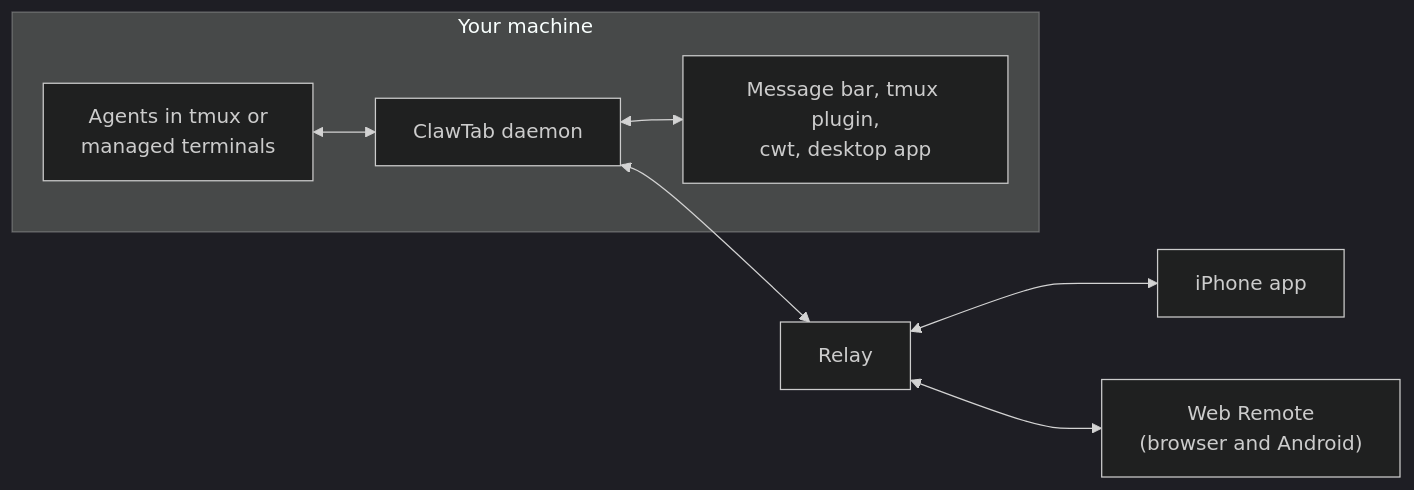
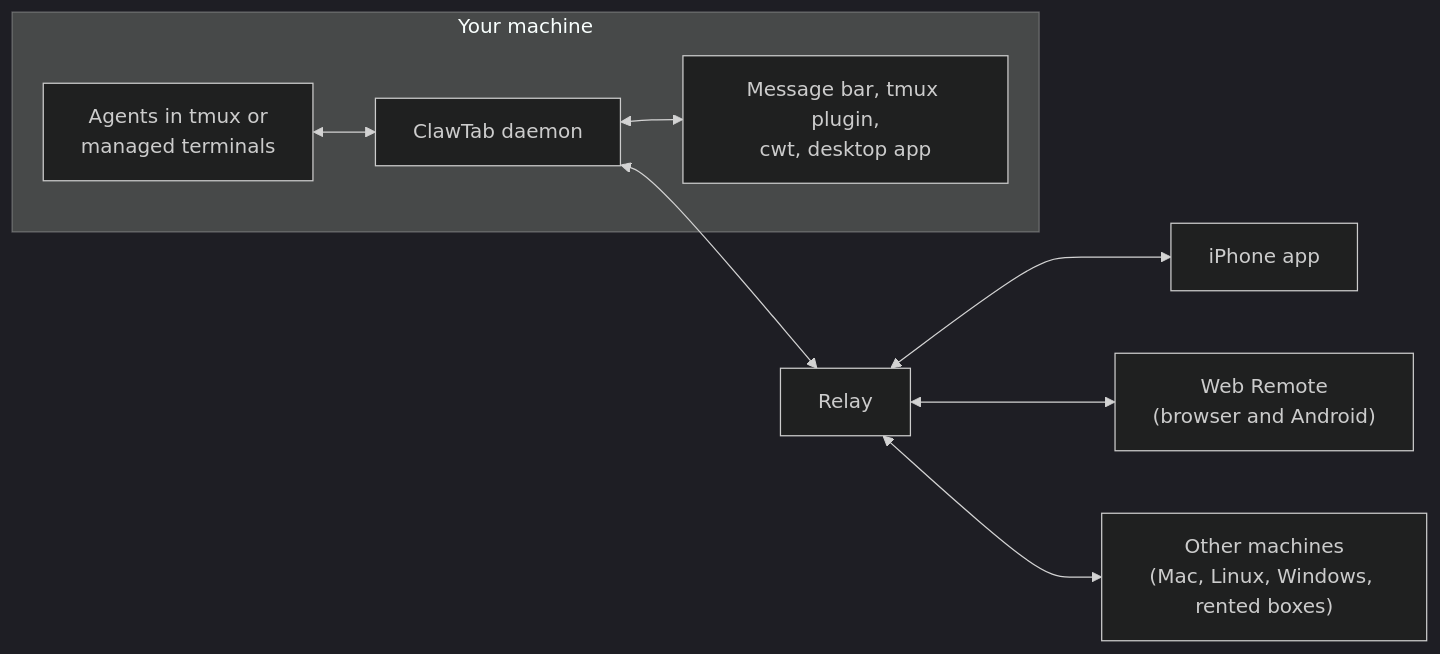
Before and after one commit to tonisives/clawtab: the diagram in README.md, drawn with Mermaid (dark theme). The commit also changed other lines of this file, not shown here.

First line of the commit message:
Show other machines connecting through the relay in the README graph

````diff
--- a/README.md
+++ b/README.md
@@ -26,10 +26,11 @@
 ```mermaid
 flowchart LR
   subgraph host["Your machine"]
     A["Agents in tmux or<br/>managed terminals"] <--> D["ClawTab daemon"]
     D <--> C["Message bar, tmux plugin,<br/>cwt, desktop app"]
   end
   D <--> R["Relay"]
   R <--> I["iPhone app"]
   R <--> W["Web Remote<br/>(browser and Android)"]
+  R <--> M["Other machines<br/>(Mac, Linux, Windows, rented boxes)"]
 ```
````
